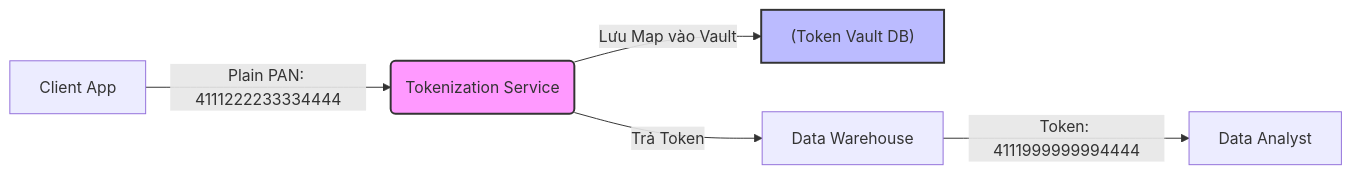
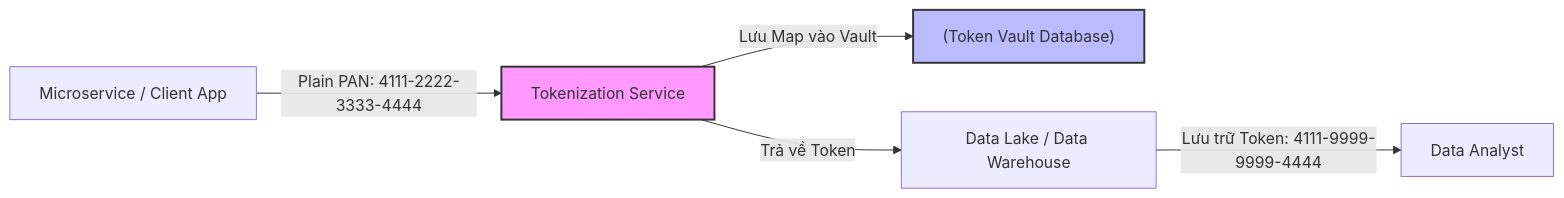
One commit to kythuatdulieu/kythuatdulieu.github.io changed the second of 2 diagrams in src/content/docs/concepts/8-security-governance-finops/data-masking-encryption.md. Above: the diagram before and after it, drawn with Mermaid. The commit also changed other lines of this file and 213 other files, not shown here.

Commit message:
Fix syntax and rewrite 200+ concepts docs to deep-dive system architecture and add GA4 tracking to quiz app

````diff
--- a/src/content/docs/concepts/8-security-governance-finops/data-masking-encryption.md
+++ b/src/content/docs/concepts/8-security-governance-finops/data-masking-encryption.md
@@ -135,9 +143,10 @@
 ```mermaid
 graph LR
-    A["Client App"] -->|Plain PAN: 4111222233334444| B("Tokenization Service")
-    B -->|Lưu Map vào Vault| C["(Token Vault DB)"]
-    B -->|Trả Token| D["Data Warehouse"]
-    D -->|Token: 4111999999994444| E["Data Analyst"]
+    A["Microservice / Client App"] -->|Plain PAN: 4111-2222-3333-4444| B["Tokenization Service"]
+    B -->|Lưu Map vào Vault| C["(Token Vault Database)"]
+    B -->|Trả về Token| D["Data Lake / Data Warehouse"]
+    D -->|Lưu trữ Token: 4111-9999-9999-4444| E["Data Analyst"]
+    
     style B fill:#f9f,stroke:#333,stroke-width:2px
     style C fill:#bbf,stroke:#333,stroke-width:2px
 ```
````
